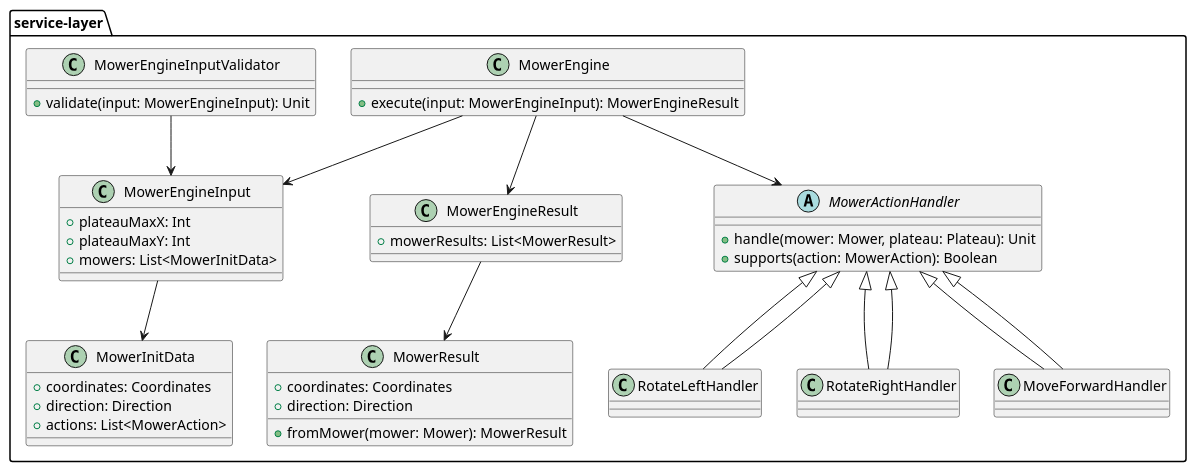
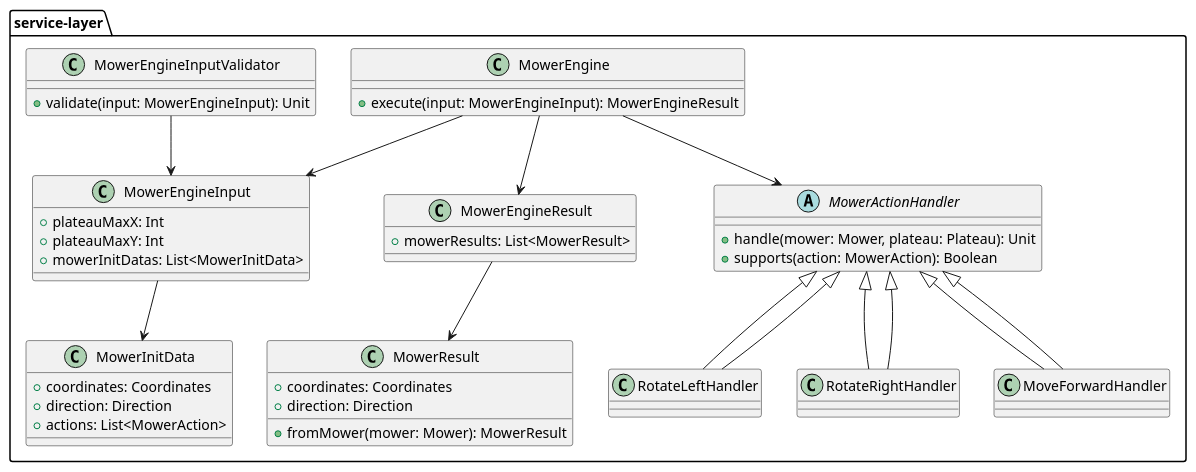
The diagram in docs/service-layer.puml (guidomarchini/sc_mower), drawn with PlantUML before and after one commit. The commit also changed 13 other files, not shown here.

```diff
--- a/docs/service-layer.puml
+++ b/docs/service-layer.puml
@@ -1,57 +1,57 @@
 @startuml
 ' Service Layer Class Diagram
 
 package service-layer {
 
     class MowerEngineInput {
         +plateauMaxX: Int
         +plateauMaxY: Int
-        +mowers: List<MowerInitData>
+        +mowerInitDatas: List<MowerInitData>
     }
 
     class MowerInitData {
         +coordinates: Coordinates
         +direction: Direction
         +actions: List<MowerAction>
     }
 
     class MowerEngineResult {
         +mowerResults: List<MowerResult>
     }
 
     class MowerResult {
         +coordinates: Coordinates
         +direction: Direction
         +fromMower(mower: Mower): MowerResult
     }
 
     class MowerEngine {
         +execute(input: MowerEngineInput): MowerEngineResult
     }
 
     class MowerEngineInputValidator {
         +validate(input: MowerEngineInput): Unit
     }
 
     abstract class MowerActionHandler {
         +handle(mower: Mower, plateau: Plateau): Unit
         +supports(action: MowerAction): Boolean
     }
 
     class RotateLeftHandler extends MowerActionHandler
     class RotateRightHandler extends MowerActionHandler
     class MoveForwardHandler extends MowerActionHandler
 }
 
 ' Relationships
 MowerEngineInput --> MowerInitData
 MowerEngineResult --> MowerResult
 MowerEngine --> MowerEngineInput
 MowerEngine --> MowerEngineResult
 MowerEngine --> MowerActionHandler
 MowerEngineInputValidator --> MowerEngineInput
 MowerActionHandler <|-- RotateLeftHandler
 MowerActionHandler <|-- RotateRightHandler
 MowerActionHandler <|-- MoveForwardHandler
 
 @enduml
```
